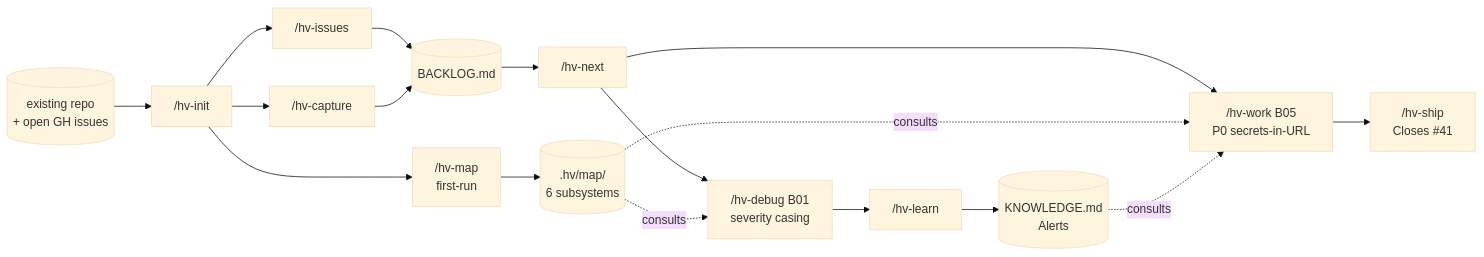
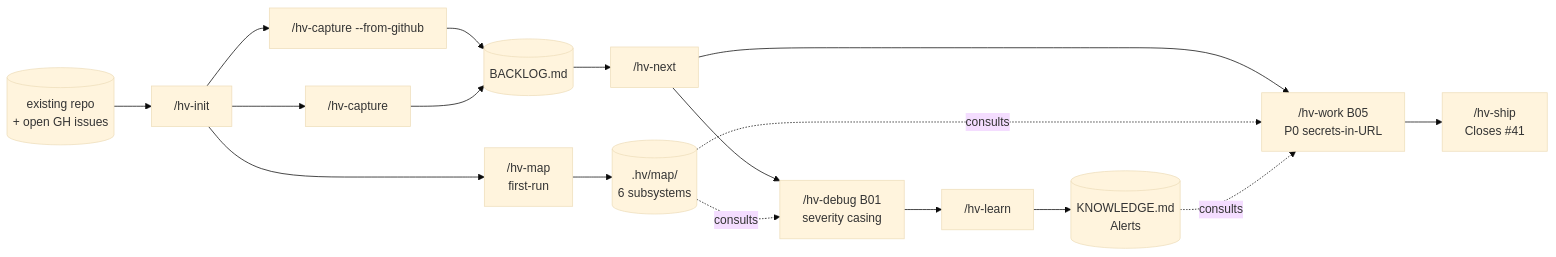
One commit to l4ci/hv-skills changed the diagram in docs/walkthroughs/brownfield-existing-project.md. Above: the diagram before and after it, drawn with Mermaid (base theme). The commit also changed other lines of this file and 13 other files, not shown here.

First line of the commit message:
feat(capture): fold /hv-issues into /hv-capture --from-github / --from-gitlab [F16]

````diff
--- a/docs/walkthroughs/brownfield-existing-project.md
+++ b/docs/walkthroughs/brownfield-existing-project.md
@@ -9,19 +9,19 @@
 ```mermaid
 flowchart LR
   REPO[(existing repo<br/>+ open GH issues)] --> INIT["/hv-init"]
   INIT --> MAP["/hv-map<br/>first-run"]
-  INIT --> ISSUES["/hv-issues"]
+  INIT --> ISSUES["/hv-capture --from-github"]
   INIT --> CAP["/hv-capture"]
   MAP --> SUBS[(.hv/map/<br/>6 subsystems)]
   ISSUES --> BACKLOG[(BACKLOG.md)]
   CAP --> BACKLOG
   BACKLOG --> NEXT["/hv-next"]
   NEXT --> WORK["/hv-work B05<br/>P0 secrets-in-URL"]
   NEXT --> DEBUGCYCLE["/hv-debug B01<br/>severity casing"]
   WORK --> SHIP["/hv-ship<br/>Closes #41"]
   DEBUGCYCLE --> LEARN["/hv-learn"]
   LEARN --> KNOW[(KNOWLEDGE.md<br/>Alerts)]
   SUBS -.consults.-> WORK
   SUBS -.consults.-> DEBUGCYCLE
   KNOW -.consults.-> WORK
 ```
````
